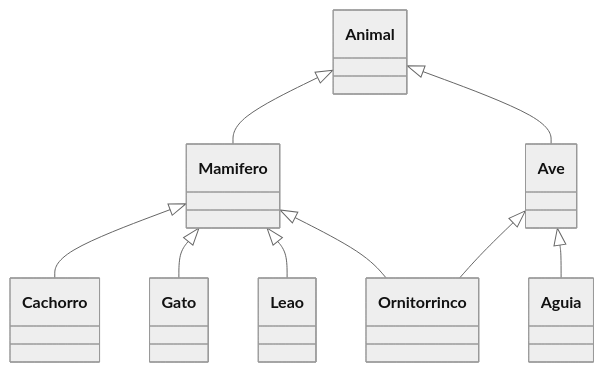
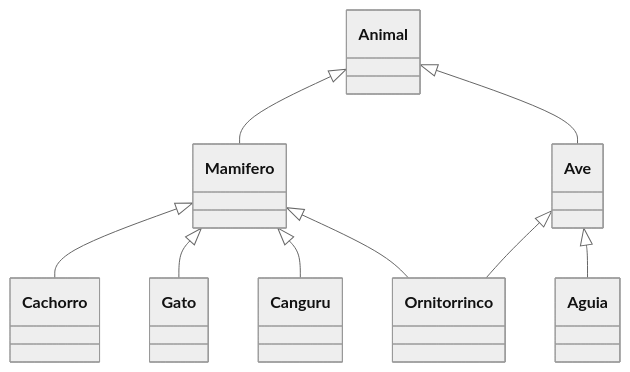
The second of 2 diagrams in 5 - Orientação a Objetos e Boas práticos com Python/2 - Aprendendo o conceito de Herança/README.md (mateuzu/santander-open-academy-python), drawn with Mermaid (neutral theme) before and after one commit. The commit also changed other lines of this file and 5 other files, not shown here.

````diff
--- a/5 - Orientação a Objetos e Boas práticos com Python/2 - Aprendendo o conceito de Herança/README.md
+++ b/5 - Orientação a Objetos e Boas práticos com Python/2 - Aprendendo o conceito de Herança/README.md
@@ -188,11 +189,11 @@
 ```mermaid
 classDiagram
     Animal <|-- Mamifero
     Animal <|-- Ave
     Mamifero <|-- Cachorro
     Mamifero <|-- Gato
-    Mamifero <|-- Leao
+    Mamifero <|-- Canguru
     Mamifero <|-- Ornitorrinco
     Ave <|-- Ornitorrinco
     Ave <|-- Aguia
 ```
````
